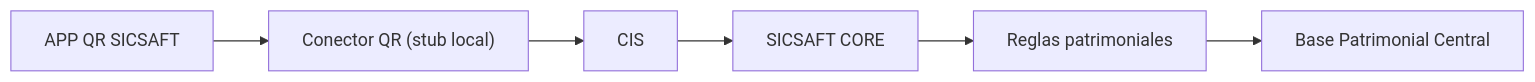
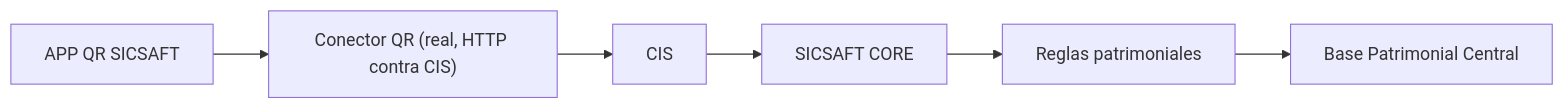
One commit to jhonabruzzi278/SICSAFT changed the diagram in app-qr-sicsaft/HANDOFF-APP-QR-SICSAFT.md. Above: the diagram before and after it, drawn with Mermaid. The commit also changed other lines of this file and 5 other files, not shown here.

````diff
--- a/app-qr-sicsaft/HANDOFF-APP-QR-SICSAFT.md
+++ b/app-qr-sicsaft/HANDOFF-APP-QR-SICSAFT.md
@@ -19,8 +19,8 @@
 ```mermaid
 flowchart LR
-    App["APP QR SICSAFT"] --> Connector["Conector QR (stub local)"]
+    App["APP QR SICSAFT"] --> Connector["Conector QR (real, HTTP contra CIS)"]
     Connector --> CIS["CIS"]
     CIS --> Core["SICSAFT CORE"]
     Core --> Rules["Reglas patrimoniales"]
     Rules --> Database["Base Patrimonial Central"]
 ```
````
